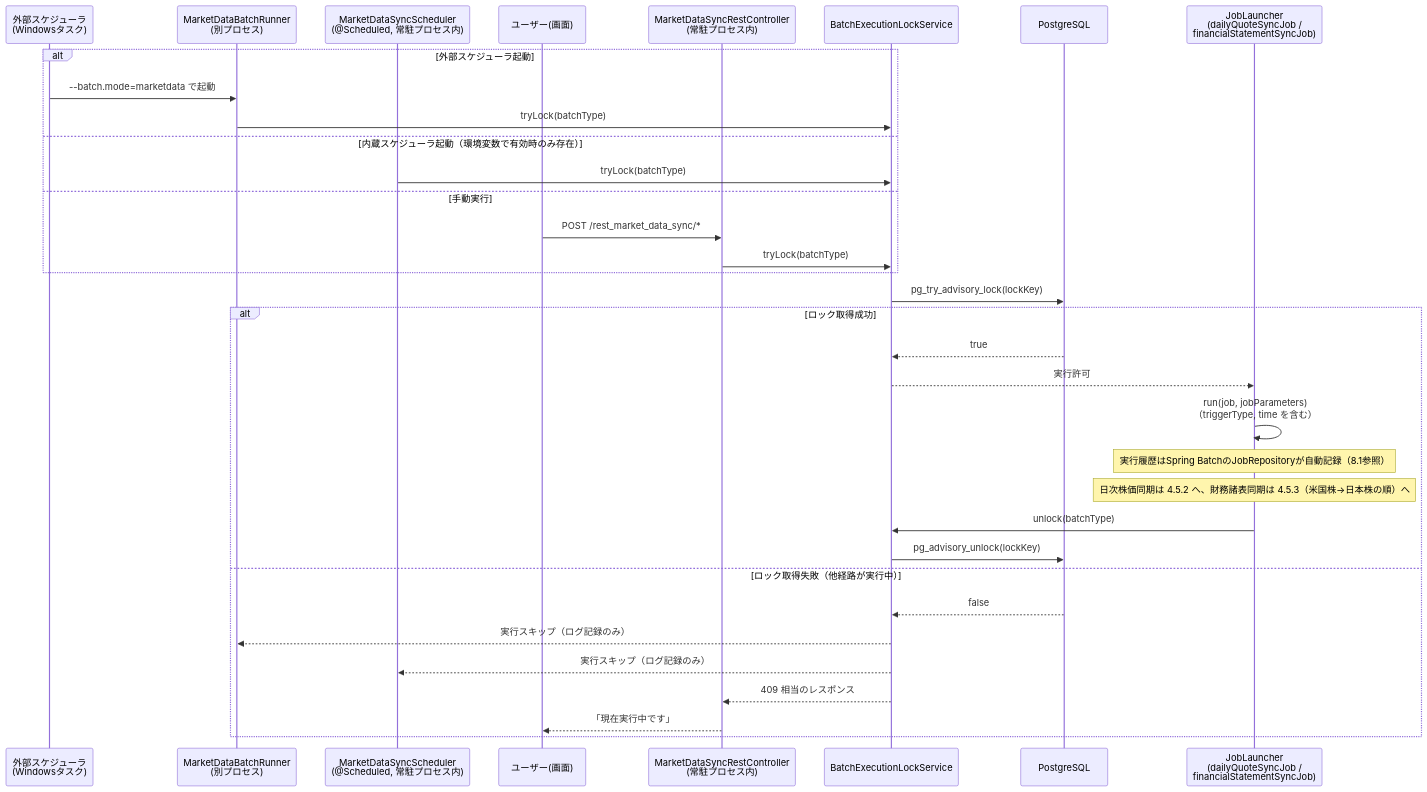
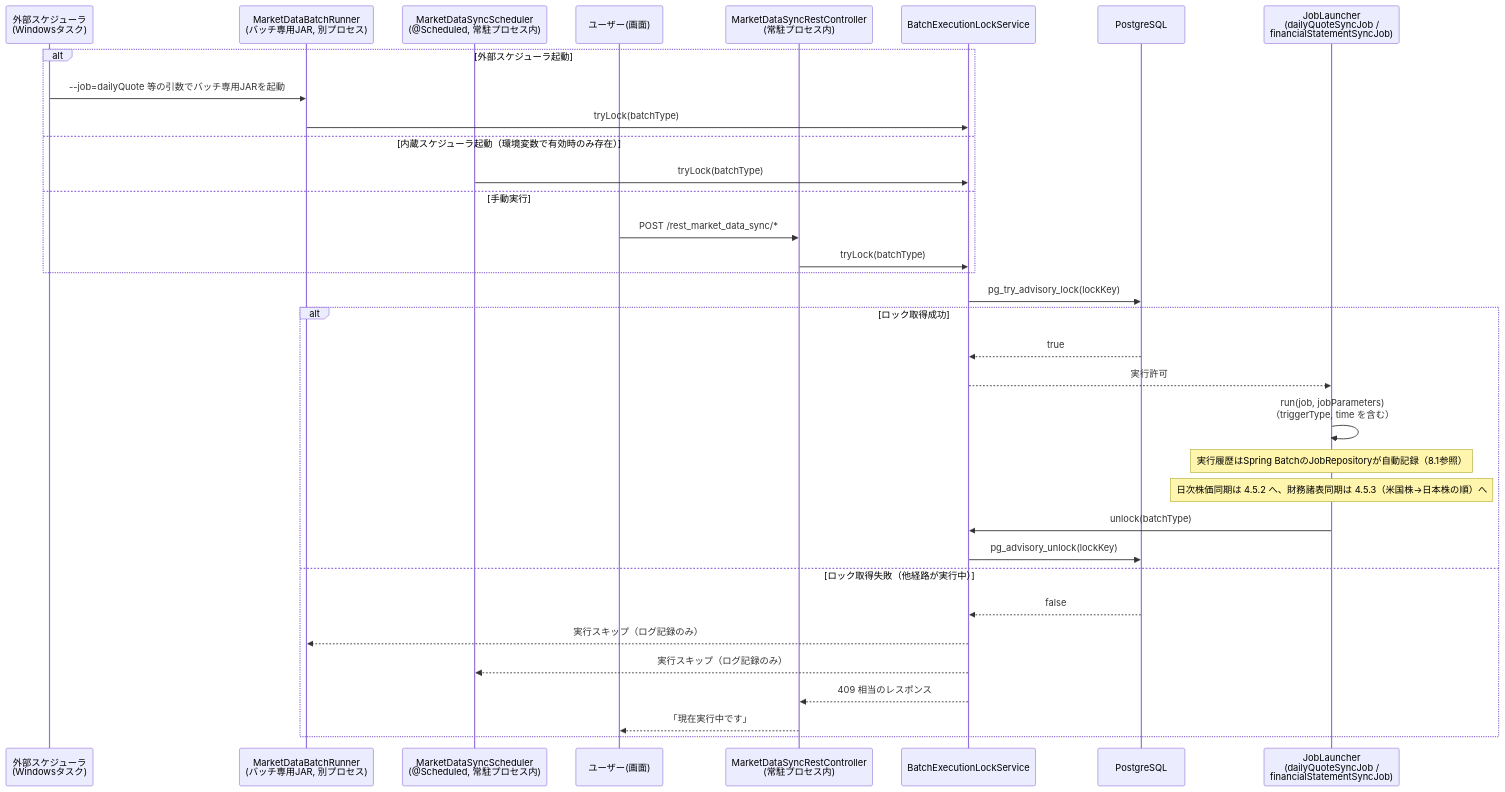
One commit to gitogitosnack/TheFairValueC2 changed the first of 5 diagrams in docs/batch-market-data-sync-design.md. Above: the diagram before and after it, drawn with Mermaid. The commit also changed other lines of this file and 31 other files, not shown here.

````diff
--- a/docs/batch-market-data-sync-design.md
+++ b/docs/batch-market-data-sync-design.md
@@ -415,38 +510,38 @@
 ```mermaid
 sequenceDiagram
     participant ExtSch as 外部スケジューラ<br/>(Windowsタスク)
-    participant Runner as MarketDataBatchRunner<br/>(別プロセス)
+    participant Runner as MarketDataBatchRunner<br/>(バッチ専用JAR, 別プロセス)
     participant IntSch as MarketDataSyncScheduler<br/>(@Scheduled, 常駐プロセス内)
     participant User as ユーザー(画面)
     participant Ctrl as MarketDataSyncRestController<br/>(常駐プロセス内)
     participant Lock as BatchExecutionLockService
     participant DB as PostgreSQL
     participant Launcher as JobLauncher<br/>(dailyQuoteSyncJob /<br/>financialStatementSyncJob)
 
     alt 外部スケジューラ起動
-        ExtSch->>Runner: --batch.mode=marketdata で起動
+        ExtSch->>Runner: --job=dailyQuote 等の引数でバッチ専用JARを起動
         Runner->>Lock: tryLock(batchType)
     else 内蔵スケジューラ起動（環境変数で有効時のみ存在）
         IntSch->>Lock: tryLock(batchType)
     else 手動実行
         User->>Ctrl: POST /rest_market_data_sync/*
         Ctrl->>Lock: tryLock(batchType)
     end
 
     Lock->>DB: pg_try_advisory_lock(lockKey)
     alt ロック取得成功
         DB-->>Lock: true
         Lock-->>Launcher: 実行許可
         Launcher->>Launcher: run(job, jobParameters)<br/>（triggerType, time を含む）
         Note over Launcher: 実行履歴はSpring BatchのJobRepositoryが自動記録（8.1参照）
         Note over Launcher: 日次株価同期は 4.5.2 へ、財務諸表同期は 4.5.3（米国株→日本株の順）へ
         Launcher->>Lock: unlock(batchType)
         Lock->>DB: pg_advisory_unlock(lockKey)
     else ロック取得失敗（他経路が実行中）
         DB-->>Lock: false
         Lock-->>Runner: 実行スキップ（ログ記録のみ）
         Lock-->>IntSch: 実行スキップ（ログ記録のみ）
         Lock-->>Ctrl: 409 相当のレスポンス
         Ctrl-->>User: 「現在実行中です」
     end
 ```
````
